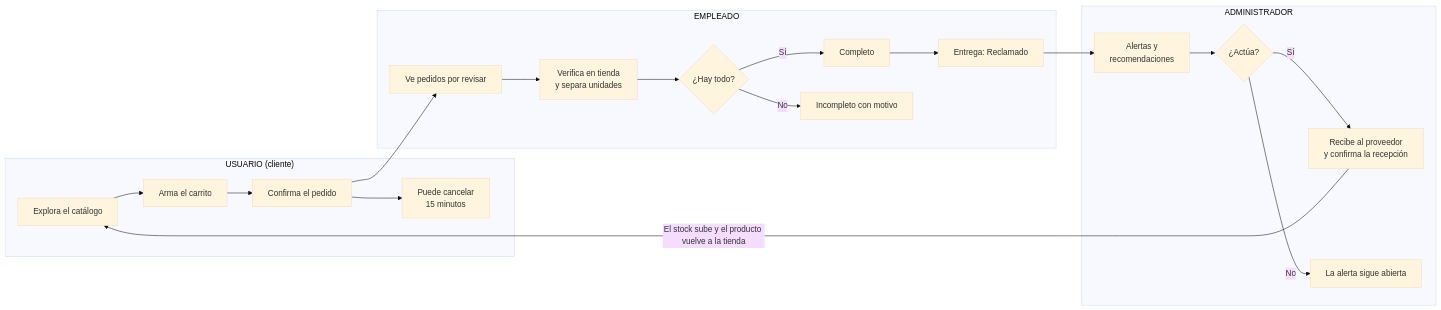
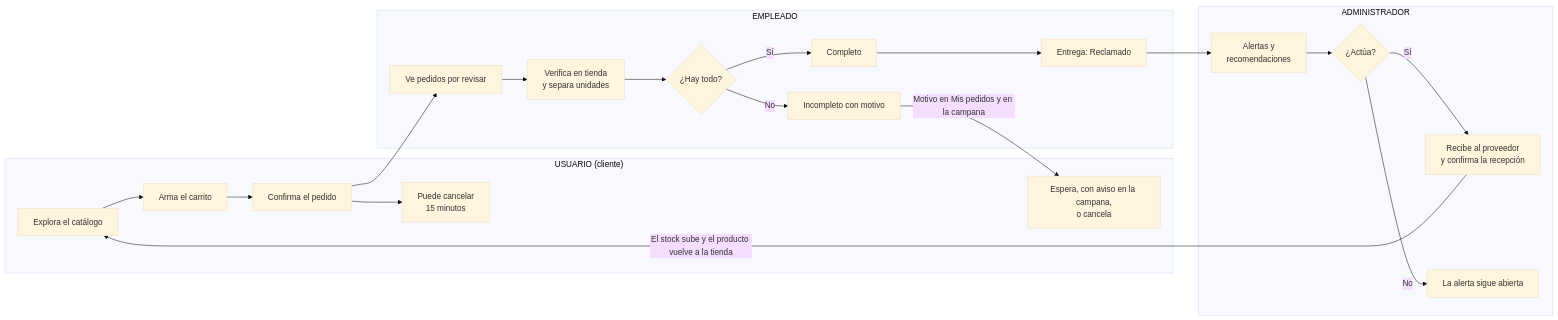
Before and after one commit to PPI-2026-2/PPI: the diagram in README.md, drawn with Mermaid (base theme). The commit also changed other lines of this file and 5 other files, not shown here.

````diff
--- a/README.md
+++ b/README.md
@@ -18,22 +18,24 @@
 ```mermaid
 flowchart LR
     subgraph C["USUARIO (cliente)"]
         C1[Explora el catálogo] --> C2[Arma el carrito] --> C3[Confirma el pedido]
         C3 --> C4["Puede cancelar<br/>15 minutos"]
+        C5["Espera, con aviso en la campana,<br/>o cancela"]
     end
     subgraph E["EMPLEADO"]
         E1[Ve pedidos por revisar] --> E2["Verifica en tienda<br/>y separa unidades"]
         E2 --> E3{¿Hay todo?}
         E3 -- Sí --> E4[Completo]
         E3 -- No --> E5[Incompleto con motivo]
         E4 --> E6[Entrega: Reclamado]
     end
     subgraph A["ADMINISTRADOR"]
         A1["Alertas y<br/>recomendaciones"] --> A2{¿Actúa?}
         A2 -- Sí --> A3["Recibe al proveedor<br/>y confirma la recepción"]
         A2 -- No --> A4[La alerta sigue abierta]
     end
     C3 --> E1
+    E5 -->|Motivo en Mis pedidos y en la campana| C5
     E6 --> A1
     A3 -->|El stock sube y el producto vuelve a la tienda| C1
 ```
````
